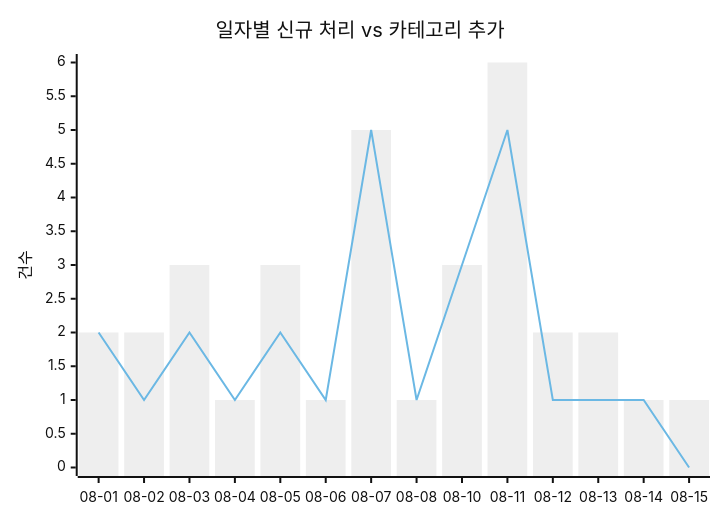
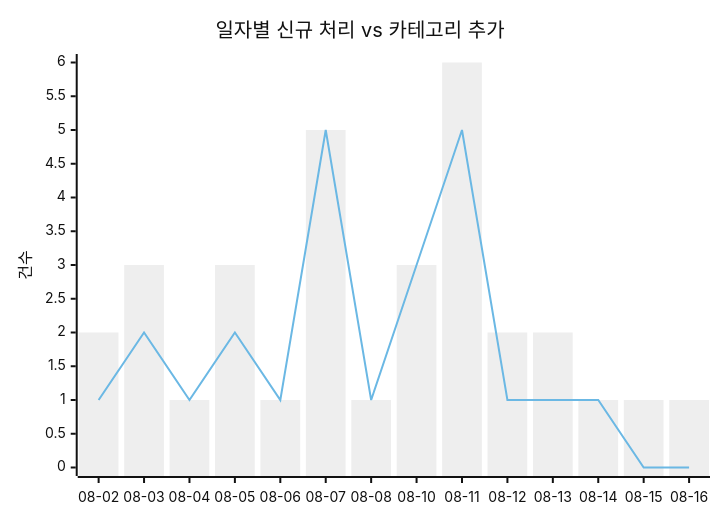
The first of 2 diagrams in docs/trends.md (J-nowcow/awesome-korean-agent-skills), drawn with Mermaid (neutral theme) before and after one commit. The commit also changed other lines of this file and 2 other files, not shown here.

````diff
--- a/docs/trends.md
+++ b/docs/trends.md
@@ -32,8 +32,8 @@
 ```mermaid
 xychart-beta
     title "일자별 신규 처리 vs 카테고리 추가"
-    x-axis ["08-01","08-02","08-03","08-04","08-05","08-06","08-07","08-08","08-10","08-11","08-12","08-13","08-14","08-15"]
+    x-axis ["08-02","08-03","08-04","08-05","08-06","08-07","08-08","08-10","08-11","08-12","08-13","08-14","08-15","08-16"]
     y-axis "건수"
-    bar [2,2,3,1,3,1,5,1,3,6,2,2,1,1]
-    line [2,1,2,1,2,1,5,1,3,5,1,1,1,0]
+    bar [2,3,1,3,1,5,1,3,6,2,2,1,1,1]
+    line [1,2,1,2,1,5,1,3,5,1,1,1,0,0]
 ```
````
